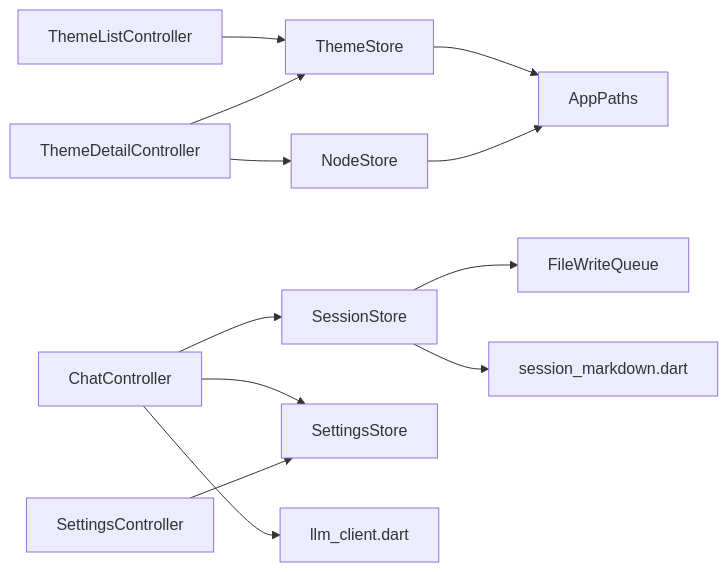
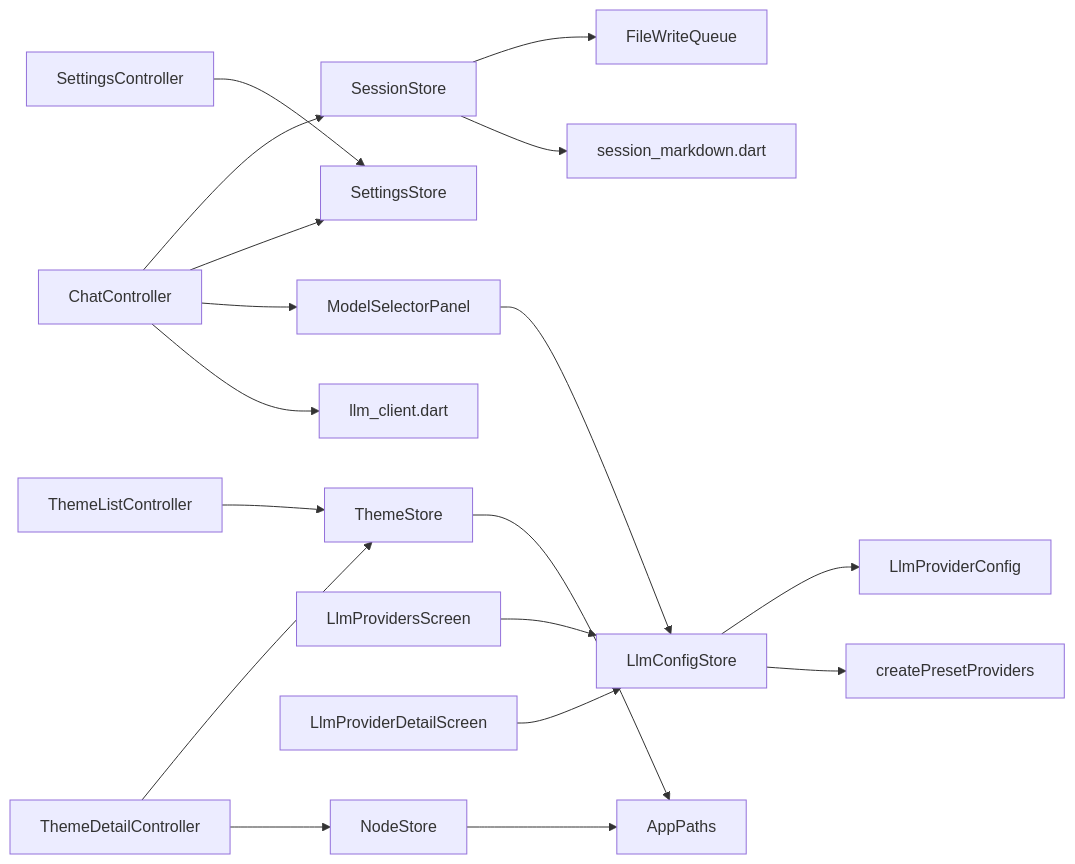
One commit to Ykworm/thktree changed the ninth of 9 diagrams in .qoder/repowiki/zh/content/核心功能模块/核心功能模块.md. Above: the diagram before and after it, drawn with Mermaid. The commit also changed other lines of this file and 45 other files, not shown here.

````diff
--- a/.qoder/repowiki/zh/content/核心功能模块/核心功能模块.md
+++ b/.qoder/repowiki/zh/content/核心功能模块/核心功能模块.md
@@ -359,14 +553,20 @@
 ```mermaid
 graph LR
 THEME_LIST_CTRL["ThemeListController"] --> THEME_STORE["ThemeStore"]
 THEME_DETAIL_CTRL["ThemeDetailController"] --> THEME_STORE
 THEME_DETAIL_CTRL --> NODE_STORE["NodeStore"]
 CHAT_CTRL["ChatController"] --> SESSION_STORE["SessionStore"]
 CHAT_CTRL --> SETTINGS_STORE["SettingsStore"]
+CHAT_CTRL --> MODEL_SELECTOR_PANEL["ModelSelectorPanel"]
 SETTINGS_CTRL["SettingsController"] --> SETTINGS_STORE
+LLM_PROVIDERS_SCREEN["LlmProvidersScreen"] --> LLM_CONFIG_STORE["LlmConfigStore"]
+LLM_PROVIDER_DETAIL_SCREEN["LlmProviderDetailScreen"] --> LLM_CONFIG_STORE
+MODEL_SELECTOR_PANEL --> LLM_CONFIG_STORE
 SESSION_STORE --> FILE_QUEUE["FileWriteQueue"]
 SESSION_STORE --> SESSION_MD["session_markdown.dart"]
 THEME_STORE --> PATHS["AppPaths"]
 NODE_STORE --> PATHS
-CHAT_CTRL --> LLM["llm_client.dart"]
+CHAT_CTRL --> LLM_CLIENT["llm_client.dart"]
+LLM_CONFIG_STORE --> LLM_PROVIDER_CONFIG["LlmProviderConfig"]
+LLM_CONFIG_STORE --> PRESET_PROVIDERS["createPresetProviders"]
 ```
````
